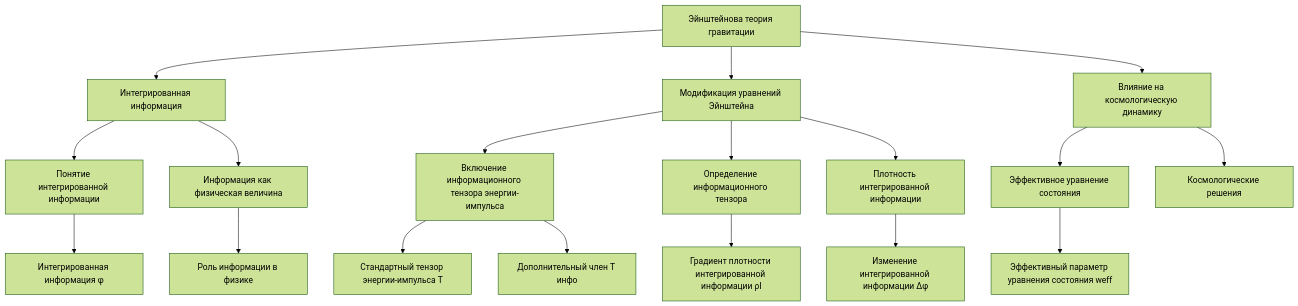
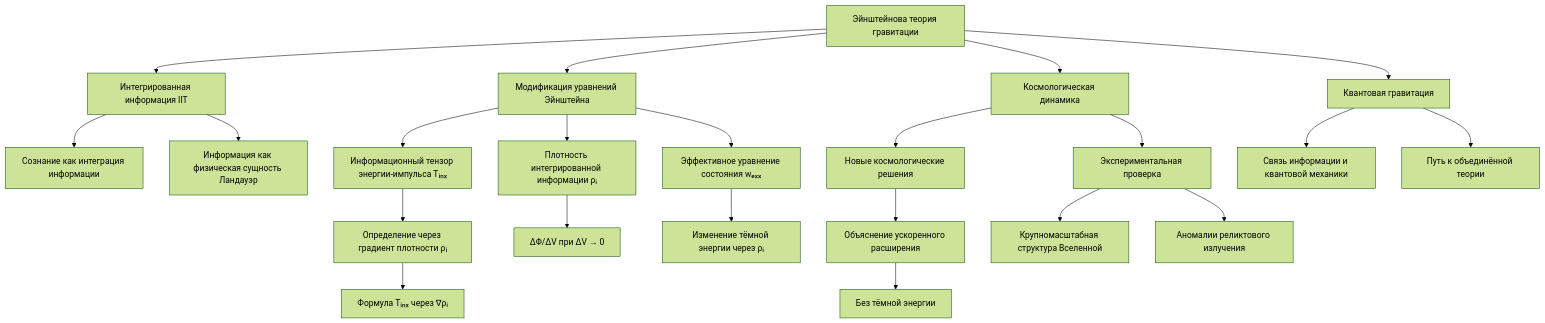
One commit to commeta/consciousness changed the diagram in Einsteins-theory-of-gravity.md. Above: the diagram before and after it, drawn with Mermaid (forest theme). The commit also changed other lines of this file, not shown here.

````diff
--- a/Einsteins-theory-of-gravity.md
+++ b/Einsteins-theory-of-gravity.md
@@ -3,21 +4,24 @@
 ```mermaid
 graph TD
-    A[Эйнштейнова теория гравитации] --> B[Интегрированная информация]
-    B --> C[Понятие интегрированной информации]
-    B --> D[Информация как физическая величина]
+    A[Эйнштейнова теория гравитации] --> B[Интегрированная информация IIT]
+    B --> C[Сознание как интеграция информации]
+    B --> D[Информация как физическая сущность Ландауэр]
     A --> E[Модификация уравнений Эйнштейна]
-    E --> F[Включение информационного тензора энергии-импульса]
-    E --> G[Определение информационного тензора]
-    E --> H[Плотность интегрированной информации]
-    A --> I[Влияние на космологическую динамику]
-    I --> J[Эффективное уравнение состояния]
-    I --> K[Космологические решения]
-    
-    C --> L[Интегрированная информация φ]
-    D --> M[Роль информации в физике]
-    F --> N[Стандартный тензор энергии-импульса T]
-    F --> O[Дополнительный член T инфо]
-    G --> P[Градиент плотности интегрированной информации ρI]
-    H --> Q[Изменение интегрированной информации Δφ]
-    J --> R[Эффективный параметр уравнения состояния weff]
+    E --> F[Информационный тензор энергии-импульса Tᵢₙₓ]
+    F --> G[Определение через градиент плотности ρᵢ]
+    G --> H[Формула Tᵢₙₓ через ∇ρᵢ]
+    E --> I[Плотность интегрированной информации ρᵢ]
+    I --> J[ΔΦ/ΔV при ΔV → 0]
+    E --> K[Эффективное уравнение состояния wₑₓₓ]
+    K --> L[Изменение тёмной энергии через ρᵢ]
+    A --> M[Космологическая динамика]
+    M --> N[Новые космологические решения]
+    N --> O[Объяснение ускоренного расширения]
+    O --> P[Без тёмной энергии]
+    M --> Q[Экспериментальная проверка]
+    Q --> R[Крупномасштабная структура Вселенной]
+    Q --> S[Аномалии реликтового излучения]
+    A --> T[Квантовая гравитация]
+    T --> U[Связь информации и квантовой механики]
+    T --> V[Путь к объединённой теории]
 ```
````
